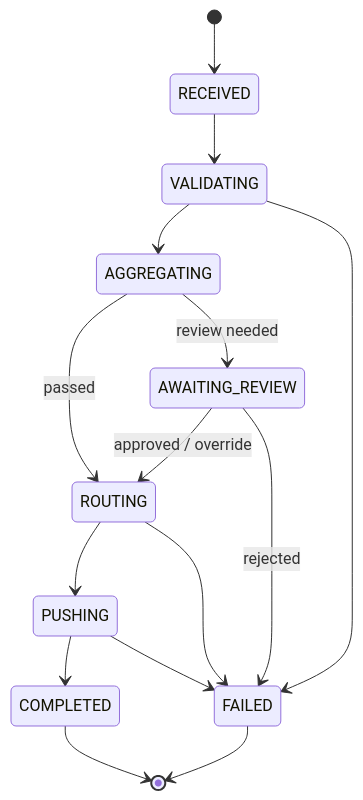
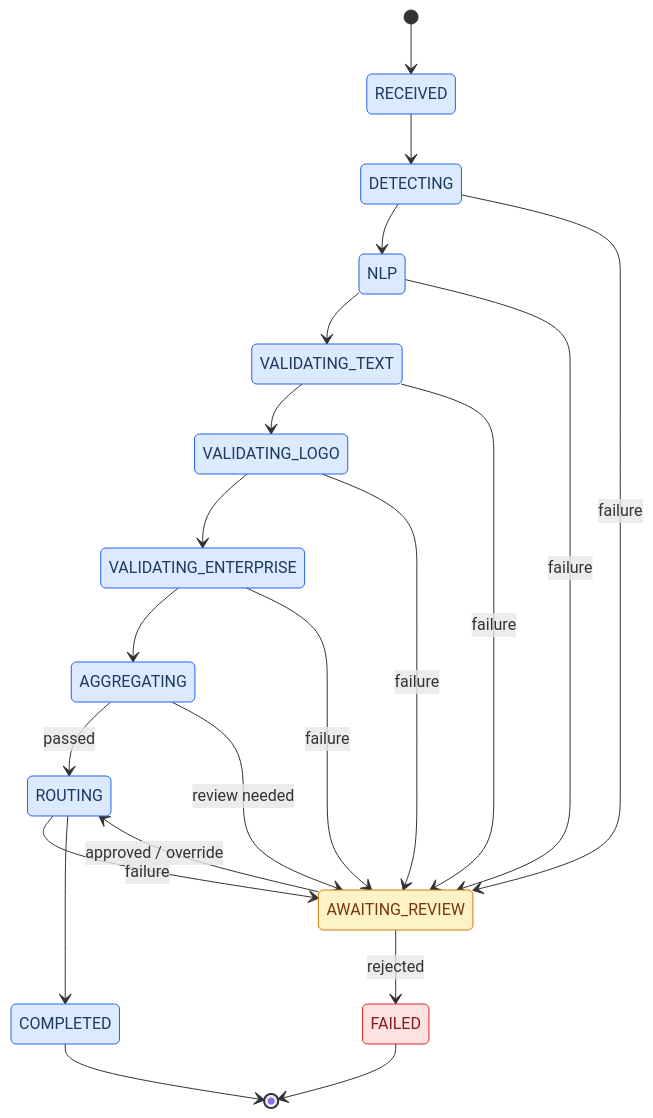
The third of 3 diagrams in docs/SPEC.md (aklikic/content-validation), drawn with Mermaid before and after one commit. The commit also changed other lines of this file, not shown here.

````diff
--- a/docs/SPEC.md
+++ b/docs/SPEC.md
@@ -210,17 +268,31 @@
 ```mermaid
 stateDiagram-v2
     [*] --> RECEIVED
-    RECEIVED --> VALIDATING
-    VALIDATING --> AGGREGATING
+    RECEIVED --> DETECTING
+    DETECTING --> NLP
+    NLP --> VALIDATING_TEXT
+    VALIDATING_TEXT --> VALIDATING_LOGO
+    VALIDATING_LOGO --> VALIDATING_ENTERPRISE
+    VALIDATING_ENTERPRISE --> AGGREGATING
     AGGREGATING --> ROUTING : passed
     AGGREGATING --> AWAITING_REVIEW : review needed
+    DETECTING --> AWAITING_REVIEW : failure
+    NLP --> AWAITING_REVIEW : failure
+    VALIDATING_TEXT --> AWAITING_REVIEW : failure
+    VALIDATING_LOGO --> AWAITING_REVIEW : failure
+    VALIDATING_ENTERPRISE --> AWAITING_REVIEW : failure
+    ROUTING --> AWAITING_REVIEW : failure
     AWAITING_REVIEW --> ROUTING : approved / override
     AWAITING_REVIEW --> FAILED : rejected
-    ROUTING --> PUSHING
-    PUSHING --> COMPLETED
-    VALIDATING --> FAILED
-    ROUTING --> FAILED
-    PUSHING --> FAILED
+    ROUTING --> COMPLETED
     COMPLETED --> [*]
     FAILED --> [*]
+
+    classDef main fill:#dbeafe,stroke:#2563eb,color:#1e3a5f
+    classDef review fill:#fef3c7,stroke:#d97706,color:#78350f
+    classDef failed fill:#fee2e2,stroke:#dc2626,color:#7f1d1d
+
+    class RECEIVED,DETECTING,NLP,VALIDATING_TEXT,VALIDATING_LOGO,VALIDATING_ENTERPRISE,AGGREGATING,ROUTING,COMPLETED main
+    class AWAITING_REVIEW review
+    class FAILED failed
 ```
````
